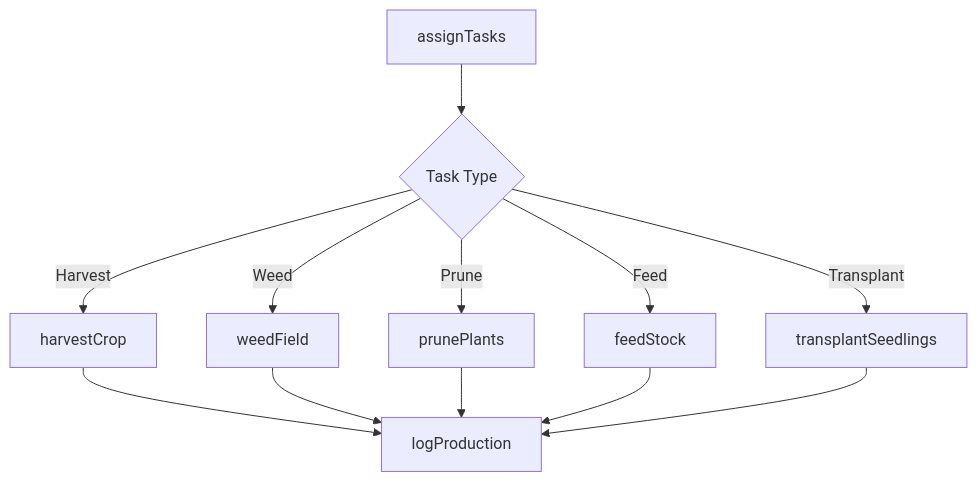
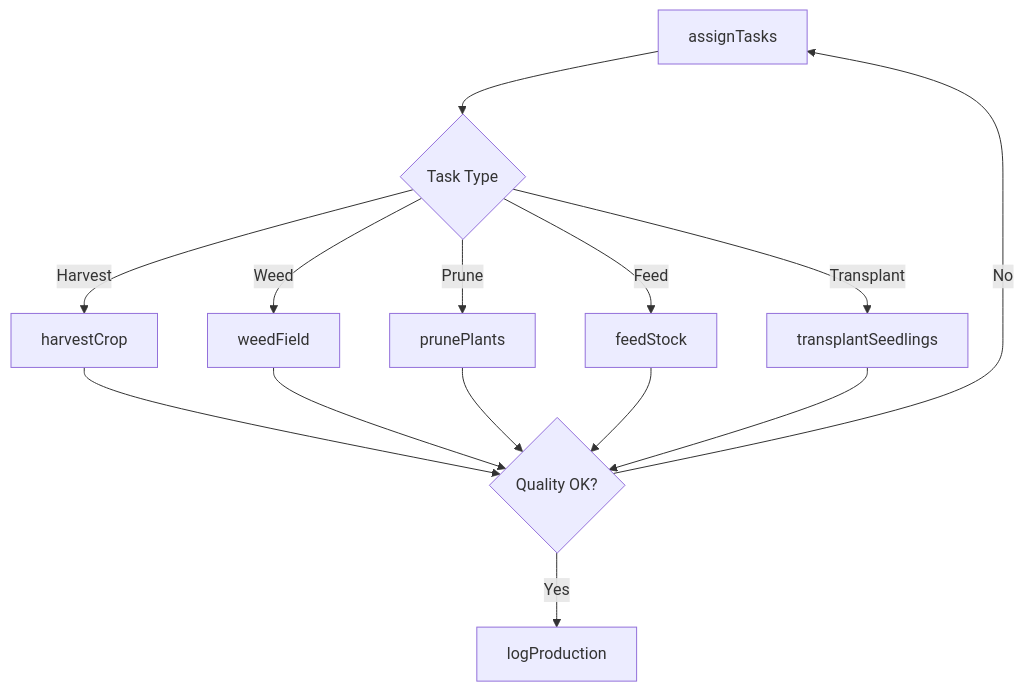
One commit to dot-org-ai/tasks.org.ai changed the third of 4 diagrams in PerformingGeneralPhysicalActivities/PerformAgriculturalActivities/PerformManualAgriculturalAquaculturalHorticultural.mdx. Above: the diagram before and after it, drawn with Mermaid. The commit also changed other lines of this file and 307 other files, not shown here.

First line of the commit message:
feat: Add ER diagrams and state diagrams to remaining 308 DWA task files (wave 3 complete)

````diff
--- a/PerformingGeneralPhysicalActivities/PerformAgriculturalActivities/PerformManualAgriculturalAquaculturalHorticultural.mdx
+++ b/PerformingGeneralPhysicalActivities/PerformAgriculturalActivities/PerformManualAgriculturalAquaculturalHorticultural.mdx
@@ -87,14 +118,16 @@
 ```mermaid
 graph TD
     A[assignTasks] --> B{Task Type}
     B -->|Harvest| C[harvestCrop]
     B -->|Weed| D[weedField]
     B -->|Prune| E[prunePlants]
     B -->|Feed| F[feedStock]
     B -->|Transplant| G[transplantSeedlings]
-    C --> H[logProduction]
+    C --> H{Quality OK?}
     D --> H
     E --> H
     F --> H
     G --> H
+    H -->|Yes| I[logProduction]
+    H -->|No| A
 ```
````
